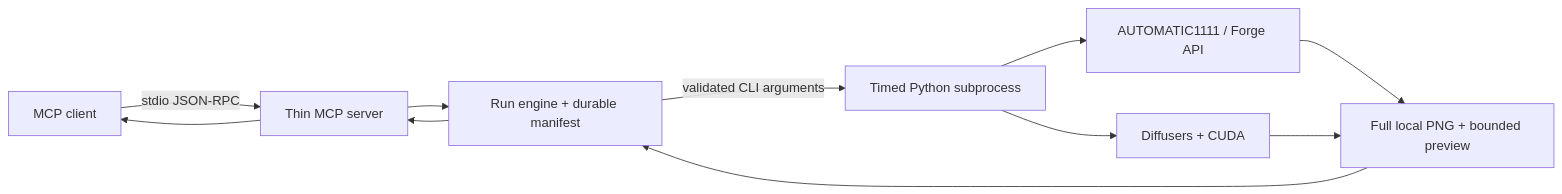
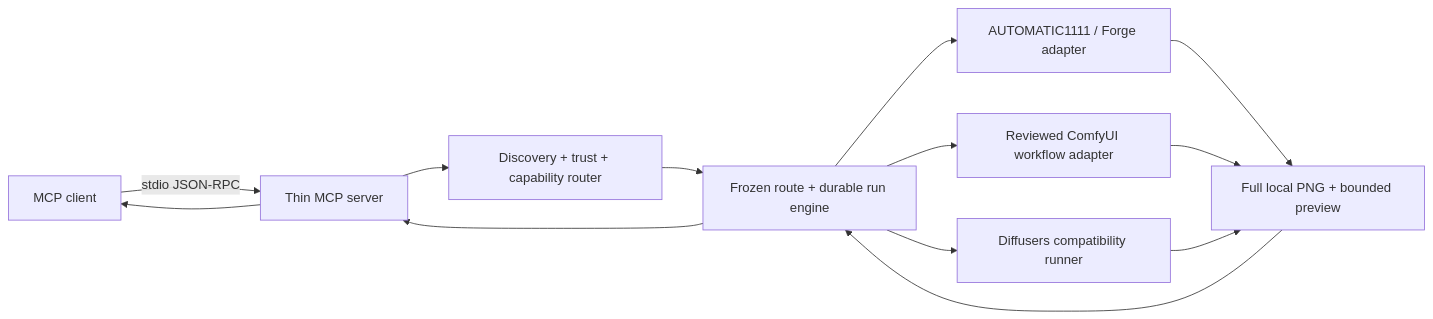
The diagram in README.md (ChevalGrand520/local-gpu-imagegen), drawn with Mermaid before and after one commit. The commit also changed other lines of this file and 11 other files, not shown here.

````diff
--- a/README.md
+++ b/README.md
@@ -243,13 +258,15 @@
 ```mermaid
 flowchart LR
     A["MCP client"] -->|"stdio JSON-RPC"| B["Thin MCP server"]
-    B --> C["Run engine + durable manifest"]
-    C -->|"validated CLI arguments"| D["Timed Python subprocess"]
-    D --> E["AUTOMATIC1111 / Forge API"]
-    D --> F["Diffusers + CUDA"]
+    B --> H["Discovery + trust + capability router"]
+    H --> C["Frozen route + durable run engine"]
+    C --> E["AUTOMATIC1111 / Forge adapter"]
+    C --> I["Reviewed ComfyUI workflow adapter"]
+    C --> F["Diffusers compatibility runner"]
     E --> G["Full local PNG + bounded preview"]
+    I --> G
     F --> G
     G --> C
     C --> B
     B --> A
 ```
````
